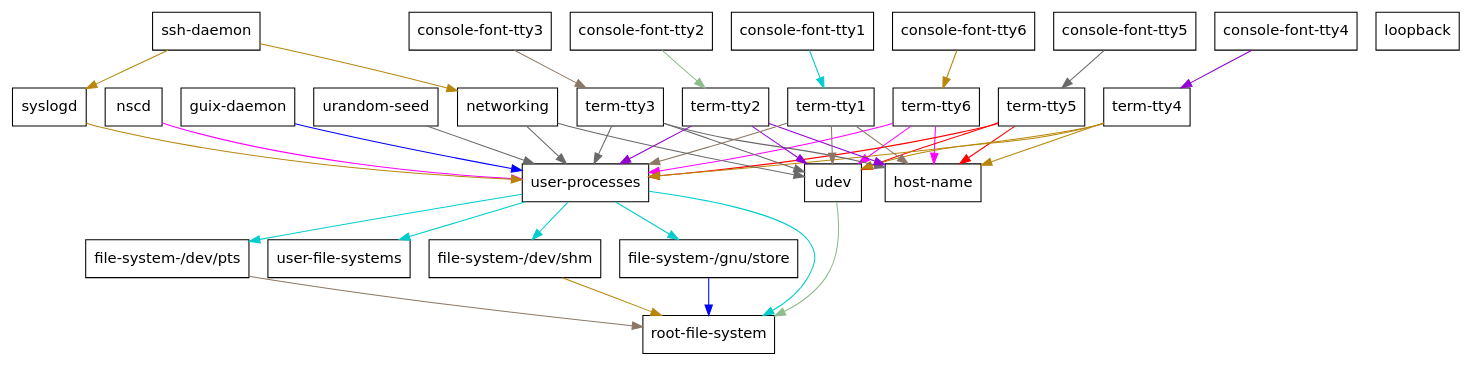
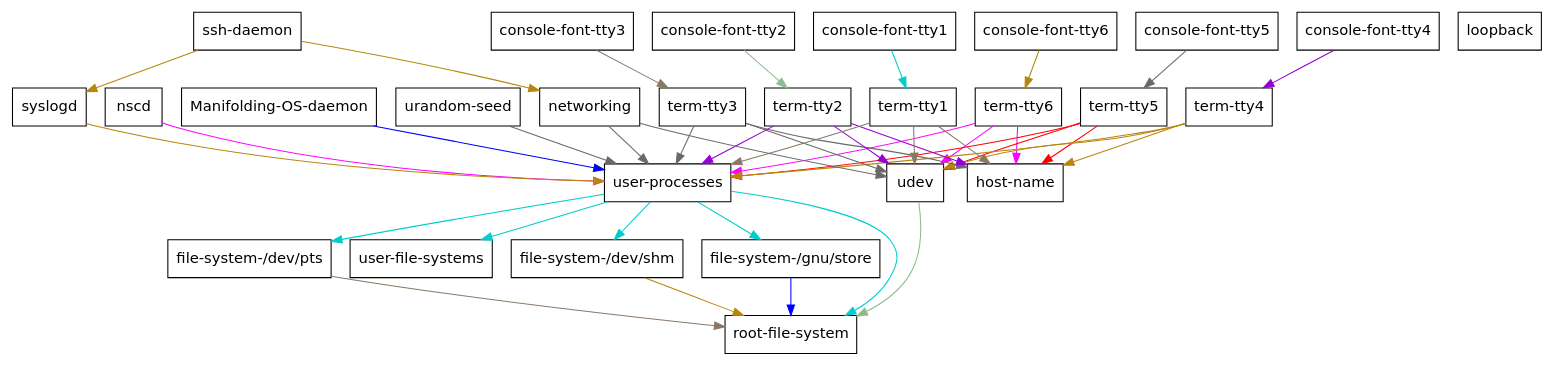
The diagram in guix/doc/images/shepherd-graph.dot (CogitoGITHUB/ManifoldOS), drawn with Graphviz before and after one commit. The commit also changed 1939 other files, not shown here.

```diff
--- a/guix/doc/images/shepherd-graph.dot
+++ b/guix/doc/images/shepherd-graph.dot
@@ -1,71 +1,71 @@
 digraph "Guix shepherd-service" {
   "user-file-systems" [label = "user-file-systems", shape = box, fontname = "dejavu sans"];
   "user-processes" -> "user-file-systems" [color = cyan3];
   "user-processes" [label = "user-processes", shape = box, fontname = "dejavu sans"];
   "nscd" -> "user-processes" [color = magenta];
-  "guix-daemon" -> "user-processes" [color = blue];
+  "Manifolding-OS-daemon" -> "user-processes" [color = blue];
   "urandom-seed" -> "user-processes" [color = dimgrey];
   "syslogd" -> "user-processes" [color = darkgoldenrod];
   "term-tty6" -> "user-processes" [color = magenta];
   "term-tty5" -> "user-processes" [color = red];
   "term-tty4" -> "user-processes" [color = darkgoldenrod];
   "term-tty3" -> "user-processes" [color = dimgrey];
   "term-tty2" -> "user-processes" [color = darkviolet];
   "term-tty1" -> "user-processes" [color = peachpuff4];
   "networking" -> "user-processes" [color = dimgrey];
   "nscd" [label = "nscd", shape = box, fontname = "dejavu sans"];
-  "guix-daemon" [label = "guix-daemon", shape = box, fontname = "dejavu sans"];
+  "Manifolding-OS-daemon" [label = "Manifolding-OS-daemon", shape = box, fontname = "dejavu sans"];
   "urandom-seed" [label = "urandom-seed", shape = box, fontname = "dejavu sans"];
   "syslogd" [label = "syslogd", shape = box, fontname = "dejavu sans"];
   "ssh-daemon" -> "syslogd" [color = darkgoldenrod];
   "ssh-daemon" [label = "ssh-daemon", shape = box, fontname = "dejavu sans"];
   "term-tty6" [label = "term-tty6", shape = box, fontname = "dejavu sans"];
   "console-font-tty6" -> "term-tty6" [color = darkgoldenrod];
   "console-font-tty6" [label = "console-font-tty6", shape = box, fontname = "dejavu sans"];
   "term-tty5" [label = "term-tty5", shape = box, fontname = "dejavu sans"];
   "console-font-tty5" -> "term-tty5" [color = dimgrey];
   "console-font-tty5" [label = "console-font-tty5", shape = box, fontname = "dejavu sans"];
   "term-tty4" [label = "term-tty4", shape = box, fontname = "dejavu sans"];
   "console-font-tty4" -> "term-tty4" [color = darkviolet];
   "console-font-tty4" [label = "console-font-tty4", shape = box, fontname = "dejavu sans"];
   "term-tty3" [label = "term-tty3", shape = box, fontname = "dejavu sans"];
   "console-font-tty3" -> "term-tty3" [color = peachpuff4];
   "console-font-tty3" [label = "console-font-tty3", shape = box, fontname = "dejavu sans"];
   "term-tty2" [label = "term-tty2", shape = box, fontname = "dejavu sans"];
   "console-font-tty2" -> "term-tty2" [color = darkseagreen];
   "console-font-tty2" [label = "console-font-tty2", shape = box, fontname = "dejavu sans"];
   "term-tty1" [label = "term-tty1", shape = box, fontname = "dejavu sans"];
   "console-font-tty1" -> "term-tty1" [color = cyan3];
   "console-font-tty1" [label = "console-font-tty1", shape = box, fontname = "dejavu sans"];
   "networking" [label = "networking", shape = box, fontname = "dejavu sans"];
   "ssh-daemon" -> "networking" [color = darkgoldenrod];
   "root-file-system" [label = "root-file-system", shape = box, fontname = "dejavu sans"];
   "file-system-/dev/pts" -> "root-file-system" [color = peachpuff4];
   "file-system-/dev/shm" -> "root-file-system" [color = darkgoldenrod];
   "file-system-/gnu/store" -> "root-file-system" [color = blue];
   "user-processes" -> "root-file-system" [color = cyan3];
   "udev" -> "root-file-system" [color = darkseagreen];
   "file-system-/dev/pts" [label = "file-system-/dev/pts", shape = box, fontname = "dejavu sans"];
   "user-processes" -> "file-system-/dev/pts" [color = cyan3];
   "file-system-/dev/shm" [label = "file-system-/dev/shm", shape = box, fontname = "dejavu sans"];
   "user-processes" -> "file-system-/dev/shm" [color = cyan3];
   "file-system-/gnu/store" [label = "file-system-/gnu/store", shape = box, fontname = "dejavu sans"];
   "user-processes" -> "file-system-/gnu/store" [color = cyan3];
   "udev" [label = "udev", shape = box, fontname = "dejavu sans"];
   "term-tty6" -> "udev" [color = magenta];
   "term-tty5" -> "udev" [color = red];
   "term-tty4" -> "udev" [color = darkgoldenrod];
   "term-tty3" -> "udev" [color = dimgrey];
   "term-tty2" -> "udev" [color = darkviolet];
   "term-tty1" -> "udev" [color = peachpuff4];
   "networking" -> "udev" [color = dimgrey];
   "host-name" [label = "host-name", shape = box, fontname = "dejavu sans"];
   "term-tty6" -> "host-name" [color = magenta];
   "term-tty5" -> "host-name" [color = red];
   "term-tty4" -> "host-name" [color = darkgoldenrod];
   "term-tty3" -> "host-name" [color = dimgrey];
   "term-tty2" -> "host-name" [color = darkviolet];
   "term-tty1" -> "host-name" [color = peachpuff4];
   "loopback" [label = "loopback", shape = box, fontname = "dejavu sans"];
 
 }
```
